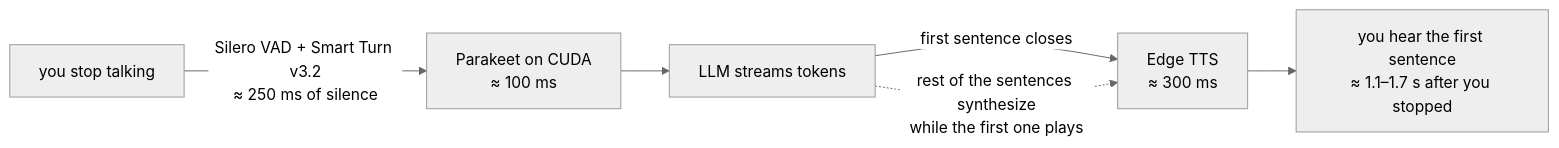
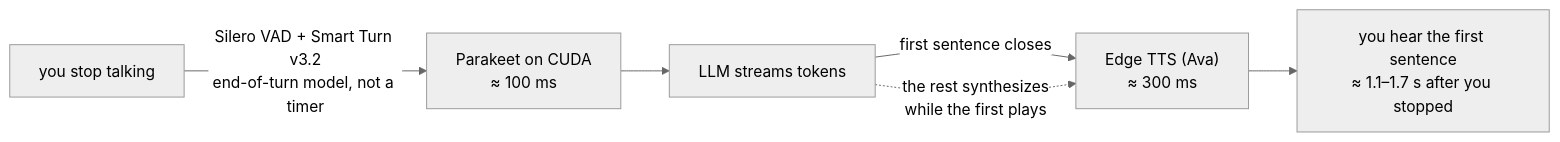
The first of 2 diagrams in README.md (nodeblackbox/voice-agent-harness), drawn with Mermaid (neutral theme) before and after one commit. The commit also changed other lines of this file and 17 other files, not shown here.

````diff
--- a/README.md
+++ b/README.md
@@ -27,8 +73,8 @@
 ```mermaid
 flowchart LR
-  A["you stop talking"] -- "Silero VAD + Smart Turn v3.2<br/>≈ 250 ms of silence" --> B["Parakeet on CUDA<br/>≈ 100 ms"]
+  A["you stop talking"] -- "Silero VAD + Smart Turn v3.2<br/>end-of-turn model, not a timer" --> B["Parakeet on CUDA<br/>≈ 100 ms"]
   B --> C["LLM streams tokens"]
-  C -- "first sentence closes" --> D["Edge TTS<br/>≈ 300 ms"]
+  C -- "first sentence closes" --> D["Edge TTS (Ava)<br/>≈ 300 ms"]
   D --> E["you hear the first sentence<br/>≈ 1.1–1.7 s after you stopped"]
-  C -. "rest of the sentences synthesize<br/>while the first one plays" .-> D
+  C -. "the rest synthesizes<br/>while the first plays" .-> D
 ```
````
